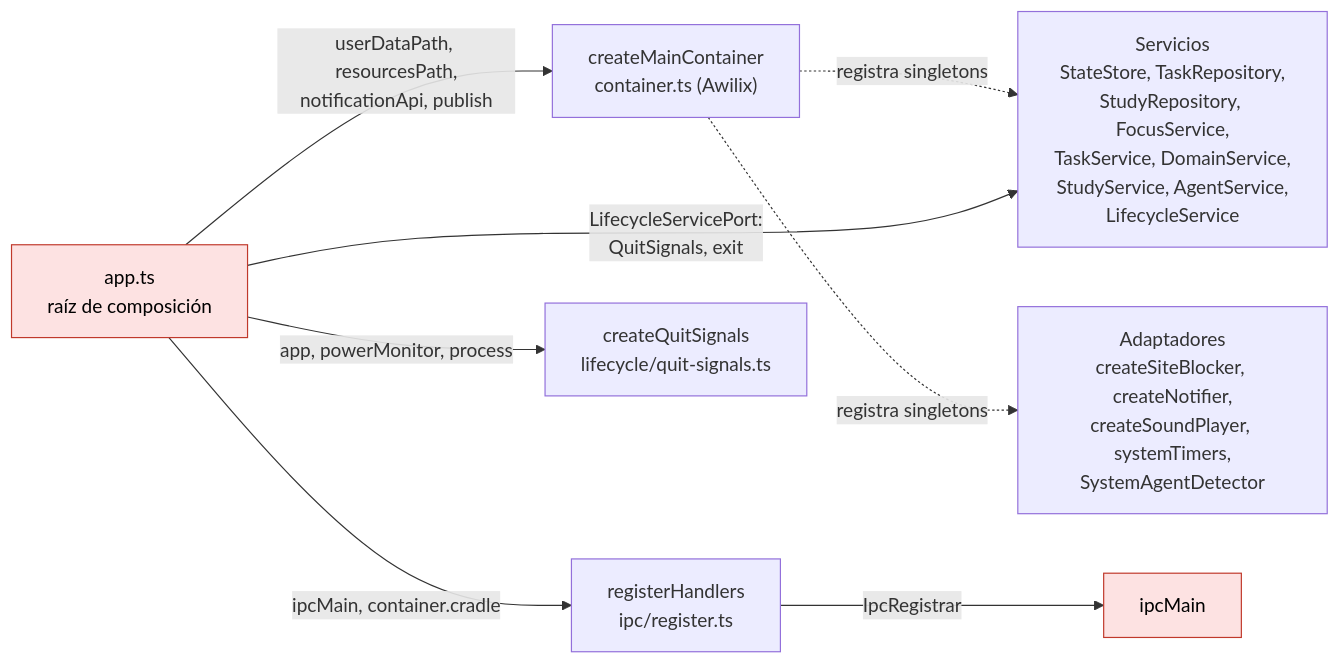
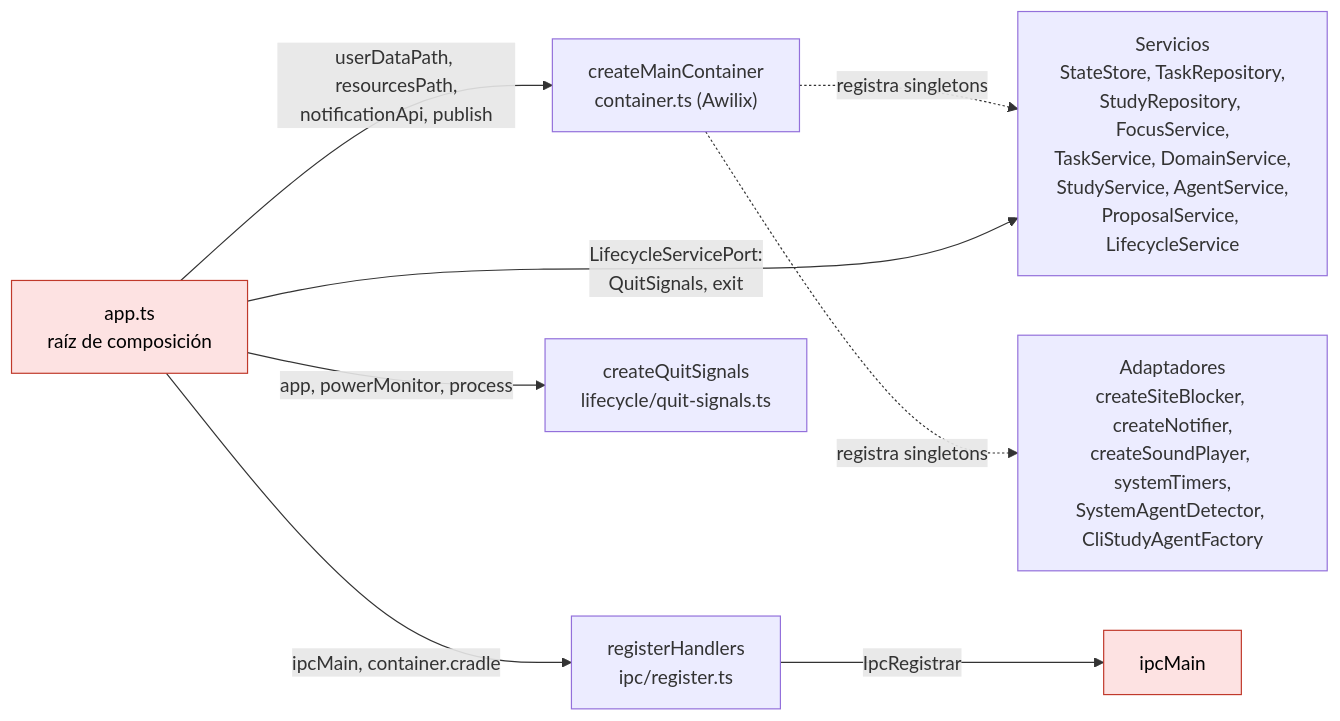
One commit to DevJuan95/ritmo changed the third of 13 diagrams in docs/arquitectura.md. Above: the diagram before and after it, drawn with Mermaid. The commit also changed other lines of this file and 35 other files, not shown here.

````diff
--- a/docs/arquitectura.md
+++ b/docs/arquitectura.md
@@ -85,20 +85,20 @@
 ```mermaid
 flowchart LR
   app["app.ts<br/>raíz de composición"]:::electron
   container["createMainContainer<br/>container.ts (Awilix)"]
-  servicios["Servicios<br/>StateStore, TaskRepository,<br/>StudyRepository, FocusService,<br/>TaskService, DomainService,<br/>StudyService, AgentService,<br/>LifecycleService"]
-  adaptadores["Adaptadores<br/>createSiteBlocker, createNotifier,<br/>createSoundPlayer, systemTimers,<br/>SystemAgentDetector"]
+  servicios["Servicios<br/>StateStore, TaskRepository,<br/>StudyRepository, FocusService,<br/>TaskService, DomainService,<br/>StudyService, AgentService,<br/>ProposalService, LifecycleService"]
+  adaptadores["Adaptadores<br/>createSiteBlocker, createNotifier,<br/>createSoundPlayer, systemTimers,<br/>SystemAgentDetector, CliStudyAgentFactory"]
   ipc["registerHandlers<br/>ipc/register.ts"]
   quit["createQuitSignals<br/>lifecycle/quit-signals.ts"]
   ipcMain["ipcMain"]:::electron
 
   app -- "userDataPath, resourcesPath,<br/>notificationApi, publish" --> container
   container -. "registra singletons" .-> servicios
   container -. "registra singletons" .-> adaptadores
   app -- "ipcMain, container.cradle" --> ipc
   ipc -- "IpcRegistrar" --> ipcMain
   app -- "LifecycleServicePort:<br/>QuitSignals, exit" --> servicios
   app -- "app, powerMonitor, process" --> quit
 
   classDef electron fill:#fde2e2,stroke:#c0392b,color:#000
 ```
````
